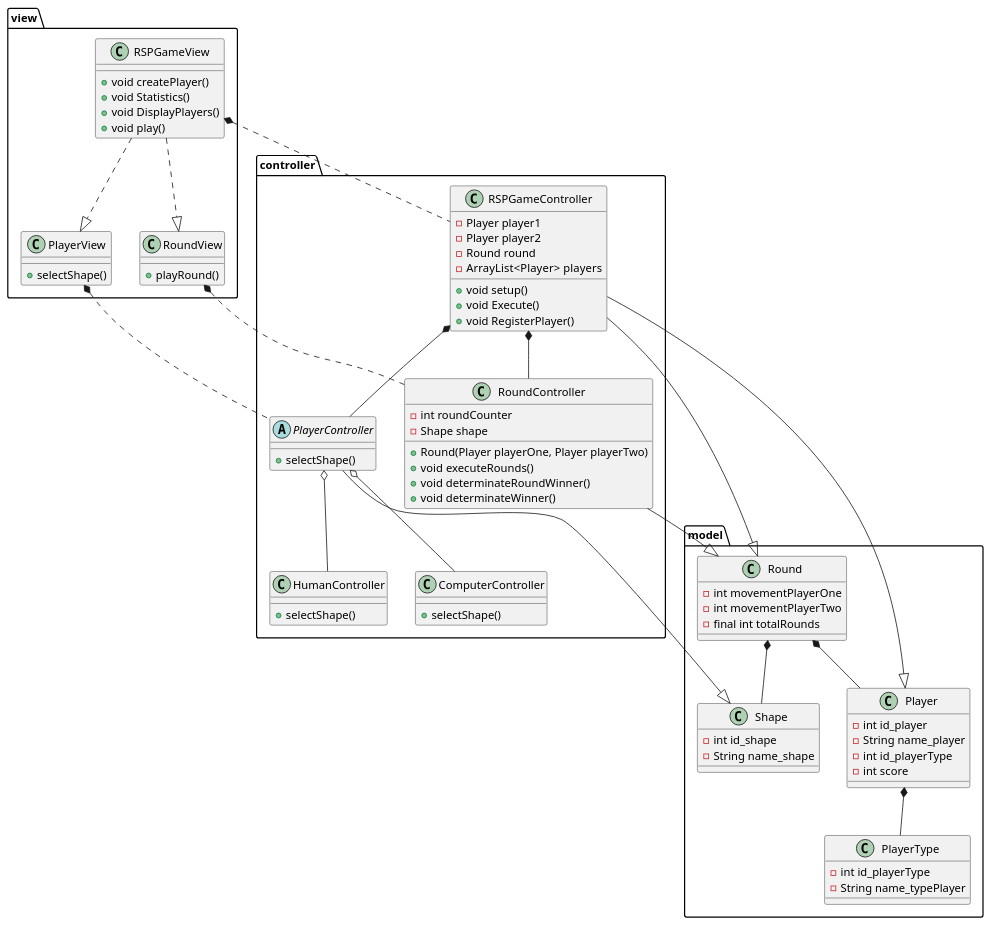
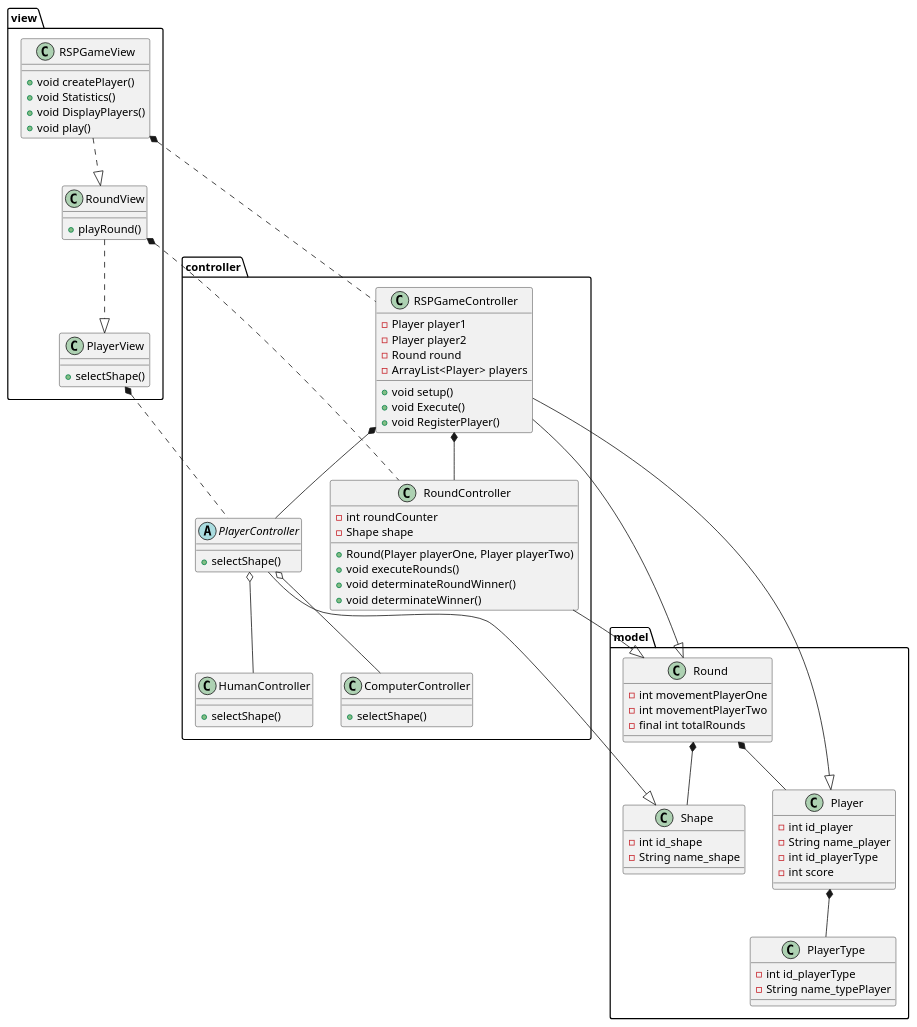
Before and after one commit to andrescordovatelus/RockPaperScissor-MVC: the diagram in docs/rsp-mvc.wsd, drawn with PlantUML. The commit also changed 1 other file, not shown here.

Commit message:
fixing diagrams

```diff
--- a/docs/rsp-mvc.wsd
+++ b/docs/rsp-mvc.wsd
@@ -1,98 +1,98 @@
 @startuml rsp-mvc
 package model{
     class Player{
         -int id_player
         -String name_player
         -int id_playerType
         -int score
     }
 
     class PlayerType{
         -int id_playerType
         -String name_typePlayer
     }
 
     class Round{
         -int movementPlayerOne
         -int movementPlayerTwo
         -final int totalRounds
     }
 
     class Shape{
         -int id_shape
         -String name_shape
     }
 }
 package controller{
     class RSPGameController{
         -Player player1
         -Player player2
         -Round round
         -ArrayList<Player>  players
 
         +void setup()
         +void Execute()
         +void RegisterPlayer()
     }
 
     abstract class PlayerController{
         +selectShape()
     }
 
 
     class RoundController{
         -int roundCounter
         -Shape shape
 
         +Round(Player playerOne, Player playerTwo)
         +void executeRounds()
         +void determinateRoundWinner()
         +void determinateWinner()
     }
 
     class HumanController{
         +selectShape()
     }
 
     class ComputerController{
         +selectShape()
     }
 }
 package view{
     class RSPGameView{
         +void createPlayer()
         +void Statistics()
         +void DisplayPlayers()
         +void play()
     }
 
     class PlayerView{
         +selectShape()
     }
 
     class RoundView{
         +playRound()
     }
 }
 
 Round *-- Player
 Round *-- Shape
 Player *-- PlayerType
 
 RSPGameController *-- PlayerController
 RSPGameController *-- RoundController
 PlayerController o-- HumanController
 PlayerController o-- ComputerController
 PlayerController --|> Shape
 
-RSPGameView ..|> PlayerView
 RSPGameView ..|> RoundView
+RoundView ..|> PlayerView
 
 RSPGameView *.. RSPGameController
 RoundView *.. RoundController
 PlayerView *.. PlayerController
 
 RoundController --|> Round
 RSPGameController --|> Player
 RSPGameController --|> Round
 @enduml
```
